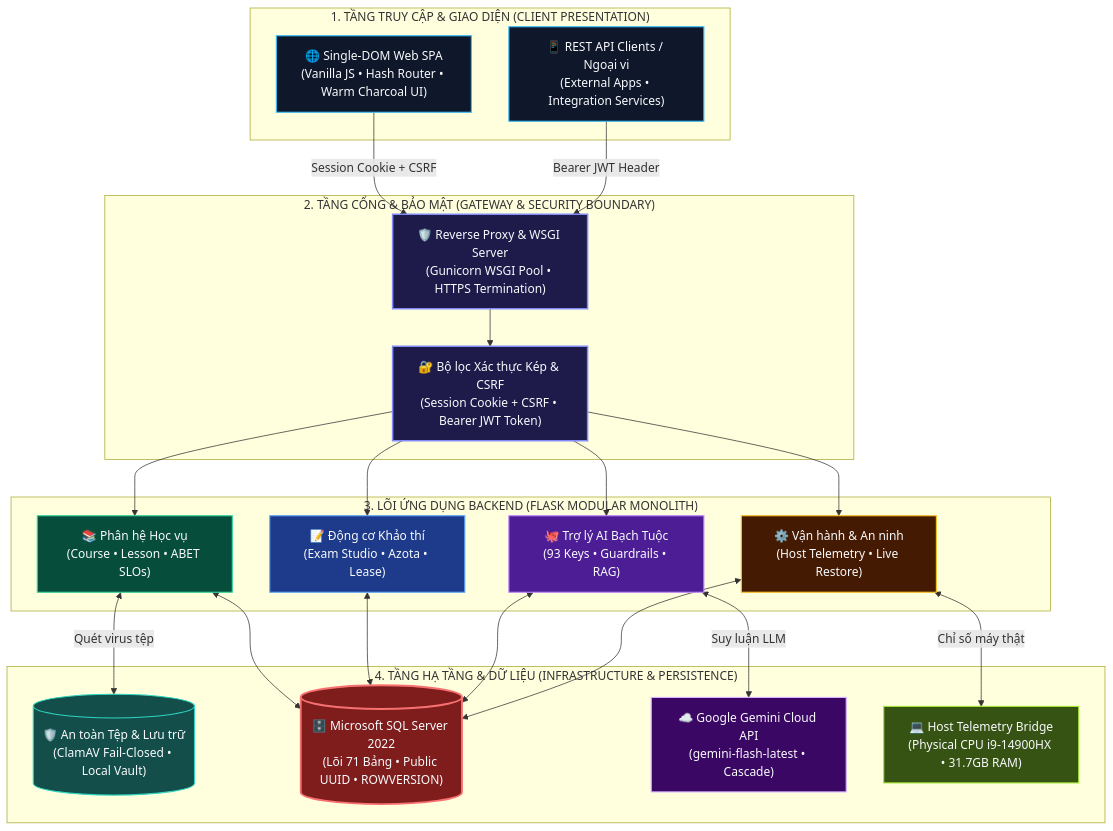
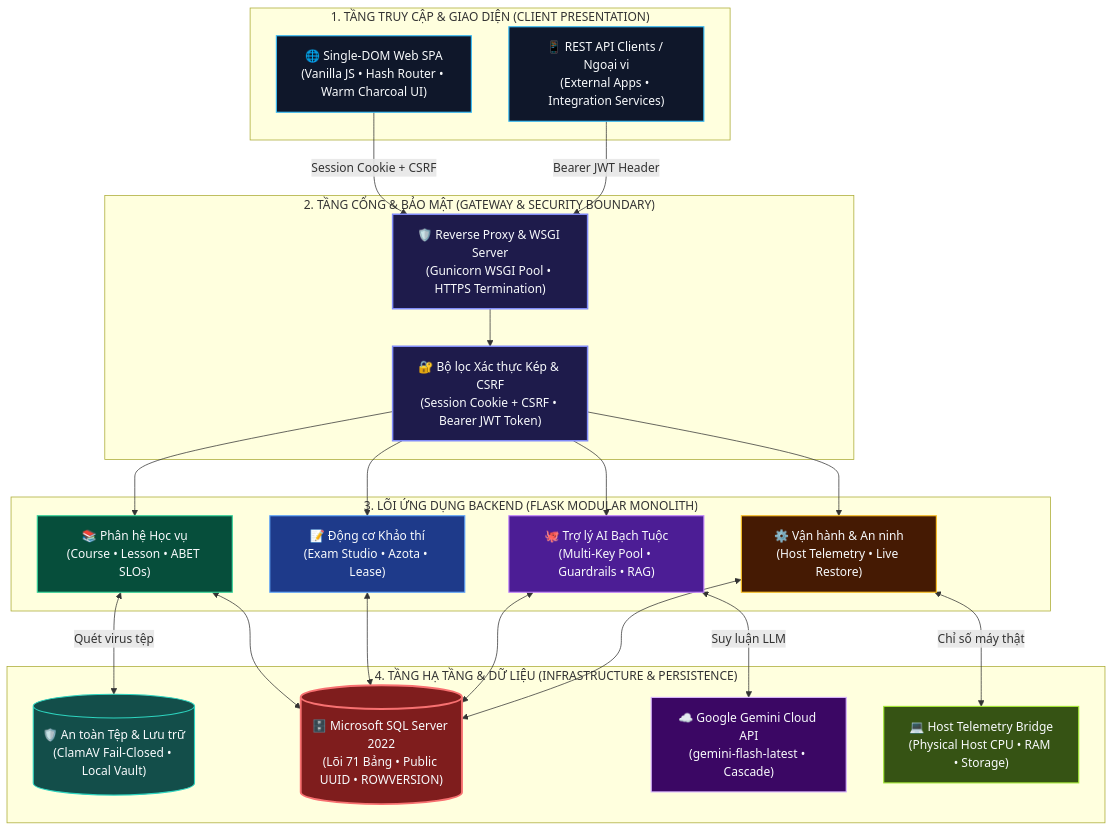
One commit to concatapchay123/PWD301 changed the diagram in README.md. Above: the diagram before and after it, drawn with Mermaid. The commit also changed other lines of this file, not shown here.

First line of the commit message:
docs: sanitize internal operational details, specific hardware specs and key counts in README

````diff
--- a/README.md
+++ b/README.md
@@ -41,73 +41,73 @@
 ```mermaid
 flowchart TD
     %% TẦNG 1: TRUY CẬP (CLIENT TIER)
     subgraph TierClient ["  1. TẦNG TRUY CẬP & GIAO DIỆN (CLIENT PRESENTATION)  "]
         SPA["🌐 Single-DOM Web SPA\n(Vanilla JS • Hash Router • Warm Charcoal UI)"]
         API_CLIENT["📱 REST API Clients / Ngoại vi\n(External Apps • Integration Services)"]
     end
 
     %% TẦNG 2: CỔNG & AN NINH (GATEWAY TIER)
     subgraph TierGateway ["  2. TẦNG CỔNG & BẢO MẬT (GATEWAY & SECURITY BOUNDARY)  "]
         PROXY["🛡️ Reverse Proxy & WSGI Server\n(Gunicorn WSGI Pool • HTTPS Termination)"]
         AUTH_GATE["🔐 Bộ lọc Xác thực Kép & CSRF\n(Session Cookie + CSRF • Bearer JWT Token)"]
     end
 
     %% TẦNG 3: LÕI BACKEND (APPLICATION SERVICES TIER)
     subgraph TierBackend ["  3. LÕI ỨNG DỤNG BACKEND (FLASK MODULAR MONOLITH)  "]
         SVC_LMS["📚 Phân hệ Học vụ\n(Course • Lesson • ABET SLOs)"]
         SVC_EXAM["📝 Động cơ Khảo thí\n(Exam Studio • Azota • Lease)"]
-        SVC_AI["🐙 Trợ lý AI Bạch Tuộc\n(93 Keys • Guardrails • RAG)"]
+        SVC_AI["🐙 Trợ lý AI Bạch Tuộc\n(Multi-Key Pool • Guardrails • RAG)"]
         SVC_OPS["⚙️ Vận hành & An ninh\n(Host Telemetry • Live Restore)"]
     end
 
     %% TẦNG 4: HẠ TẦNG & DỮ LIỆU CHUẨN (INFRASTRUCTURE & PERSISTENCE)
     subgraph TierInfra ["  4. TẦNG HẠ TẦNG & DỮ LIỆU (INFRASTRUCTURE & PERSISTENCE)  "]
         STORE_FILE[("🛡️ An toàn Tệp & Lưu trữ\n(ClamAV Fail-Closed • Local Vault)")]
         STORE_DB[("🗄️ Microsoft SQL Server 2022\n(Lõi 71 Bảng • Public UUID • ROWVERSION)")]
         STORE_AI["☁️ Google Gemini Cloud API\n(gemini-flash-latest • Cascade)"]
-        STORE_HOST["💻 Host Telemetry Bridge\n(Physical CPU i9-14900HX • 31.7GB RAM)"]
+        STORE_HOST["💻 Host Telemetry Bridge\n(Physical Host CPU • RAM • Storage)"]
     end
 
     %% KẾT NỐI TẦNG 1 -> TẦNG 2
     SPA -->|Session Cookie + CSRF| PROXY
     API_CLIENT -->|Bearer JWT Header| PROXY
     PROXY --> AUTH_GATE
 
     %% KẾT NỐI TẦNG 2 -> TẦNG 3
     AUTH_GATE --> SVC_LMS
     AUTH_GATE --> SVC_EXAM
     AUTH_GATE --> SVC_AI
     AUTH_GATE --> SVC_OPS
 
     %% KẾT NỐI TẦNG 3 -> TẦNG 4 (ĐỐI XỨNG, THẲNG HÀNG, KHÔNG ĐAN CHÉO)
     SVC_LMS <-->|Quét virus tệp| STORE_FILE
     SVC_LMS <--> STORE_DB
     SVC_EXAM <--> STORE_DB
     SVC_AI <--> STORE_DB
     SVC_AI <-->|Suy luận LLM| STORE_AI
     SVC_OPS <--> STORE_DB
     SVC_OPS <-->|Chỉ số máy thật| STORE_HOST
 
     %% ĐỊNH NGHĨA PHONG CÁCH MÀU SẮC ĐỒNG BỘ
     classDef clientNode fill:#0f172a,stroke:#38bdf8,stroke-width:1.5px,color:#f8fafc;
     classDef gatewayNode fill:#1e1b4b,stroke:#818cf8,stroke-width:2px,color:#f8fafc;
     classDef lmsNode fill:#064e3b,stroke:#34d399,stroke-width:1.5px,color:#f8fafc;
     classDef examNode fill:#1e3a8a,stroke:#60a5fa,stroke-width:1.5px,color:#f8fafc;
     classDef opsNode fill:#451a03,stroke:#fbbf24,stroke-width:1.5px,color:#f8fafc;
     classDef aiNode fill:#4c1d95,stroke:#c084fc,stroke-width:1.5px,color:#f8fafc;
     classDef dbNode fill:#7f1d1d,stroke:#f87171,stroke-width:2.5px,color:#f8fafc;
     classDef storageNode fill:#134e4a,stroke:#2dd4bf,stroke-width:1.5px,color:#f8fafc;
     classDef hostNode fill:#365314,stroke:#a3e635,stroke-width:1.5px,color:#f8fafc;
     classDef cloudNode fill:#3b0764,stroke:#d8b4fe,stroke-width:1.5px,color:#f8fafc;
 
     class SPA,API_CLIENT clientNode;
     class PROXY,AUTH_GATE gatewayNode;
     class SVC_LMS lmsNode;
     class SVC_EXAM examNode;
     class SVC_OPS opsNode;
     class SVC_AI aiNode;
     class STORE_DB dbNode;
     class STORE_FILE storageNode;
     class STORE_HOST hostNode;
     class STORE_AI cloudNode;
 ```
````
